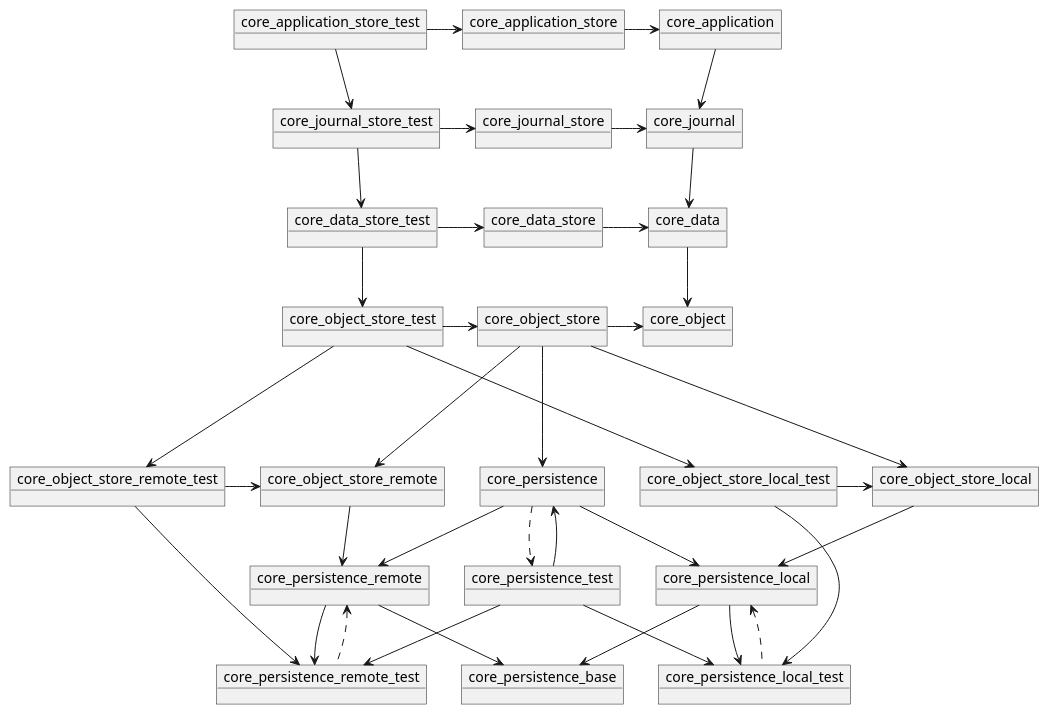
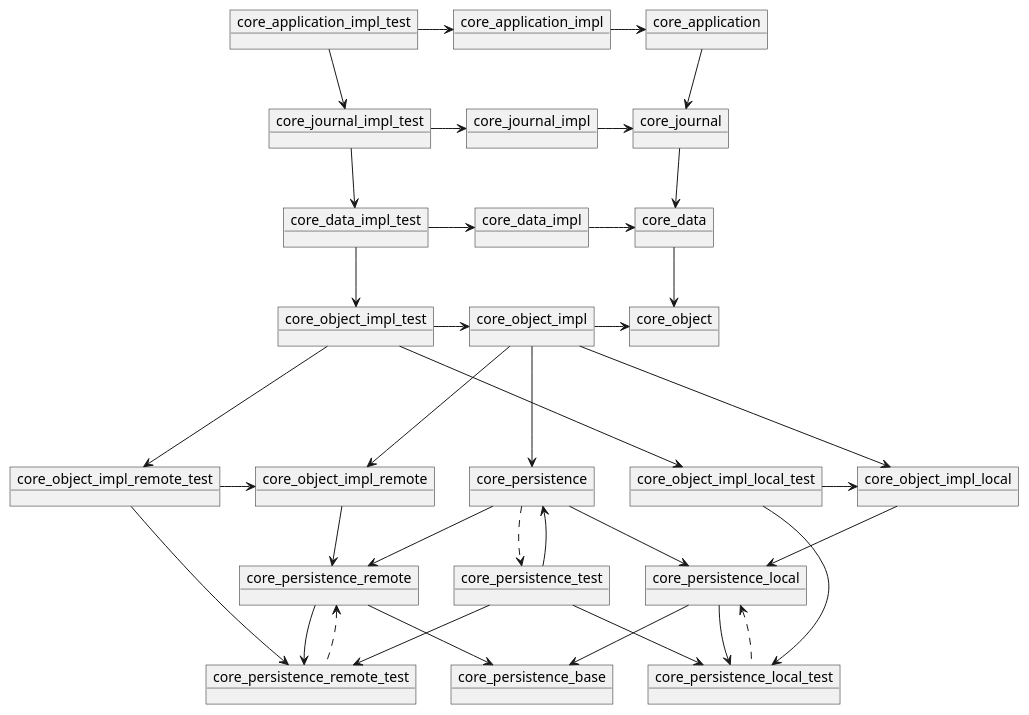
Before and after one commit to bestow-code/flakka: the diagram in flakka4/packages.puml, drawn with PlantUML. The commit also changed 138 other files, not shown here.

```diff
--- a/flakka4/packages.puml
+++ b/flakka4/packages.puml
@@ -3,77 +3,77 @@
 @startuml
-object core_application_store
-object core_journal_store
-object core_data_store
-object core_object_store
-object core_object_store_local
-object core_object_store_remote
+object core_application_impl
+object core_journal_impl
+object core_data_impl
+object core_object_impl
+object core_object_impl_local
+object core_object_impl_remote
 object core_persistence
 object core_persistence_local
 object core_persistence_remote
 object core_persistence_base
 
 object core_application
 object core_journal
 object core_data
 object core_object
 
 
 
-object core_application_store_test
-object core_journal_store_test
-object core_data_store_test
-object core_object_store_test
+object core_application_impl_test
+object core_journal_impl_test
+object core_data_impl_test
+object core_object_impl_test
 object core_persistence_local_test
 object core_persistence_remote_test
 object core_persistence_test
-object core_object_store_local_test
-object core_object_store_remote_test
+object core_object_impl_local_test
+object core_object_impl_remote_test
 
-core_application_store_test --> core_journal_store_test
-core_journal_store_test --> core_data_store_test
-core_data_store_test --> core_object_store_test
-core_object_store_test --> core_object_store_local_test
-core_object_store_test --> core_object_store_remote_test
-core_application_store_test -> core_application_store
-core_journal_store_test -> core_journal_store
-core_data_store_test -> core_data_store
-core_object_store_test -> core_object_store
-core_object_store_local_test -> core_object_store_local
-core_object_store_remote_test -> core_object_store_remote
-core_object_store_local_test --> core_persistence_local_test
-core_object_store_remote_test --> core_persistence_remote_test
-core_application_store -> core_application
-core_journal_store -> core_journal
-core_data_store -> core_data
-core_object_store -> core_object
-core_object_store ---> core_object_store_local
-core_object_store ---> core_object_store_remote
+core_application_impl_test --> core_journal_impl_test
+core_journal_impl_test --> core_data_impl_test
+core_data_impl_test --> core_object_impl_test
+core_object_impl_test --> core_object_impl_local_test
+core_object_impl_test --> core_object_impl_remote_test
+core_application_impl_test -> core_application_impl
+core_journal_impl_test -> core_journal_impl
+core_data_impl_test -> core_data_impl
+core_object_impl_test -> core_object_impl
+core_object_impl_local_test -> core_object_impl_local
+core_object_impl_remote_test -> core_object_impl_remote
+core_object_impl_local_test --> core_persistence_local_test
+core_object_impl_remote_test --> core_persistence_remote_test
+core_application_impl -> core_application
+core_journal_impl -> core_journal
+core_data_impl -> core_data
+core_object_impl -> core_object
+core_object_impl ---> core_object_impl_local
+core_object_impl ---> core_object_impl_remote
 core_application --> core_journal
 core_journal --> core_data
 core_data --> core_object
 core_persistence --> core_persistence_remote
-core_object_store_local --> core_persistence_local
-core_object_store_remote --> core_persistence_remote
-core_object_store ---> core_persistence
+core_object_impl_local --> core_persistence_local
+core_object_impl_remote --> core_persistence_remote
+core_object_impl ---> core_persistence
 core_persistence_remote --> core_persistence_base
 
 
 core_persistence_remote  --> core_persistence_remote_test
 core_persistence_remote  <.. core_persistence_remote_test
 
 core_persistence ..> core_persistence_test
 core_persistence <-- core_persistence_test
 
 core_persistence_test --> core_persistence_remote_test
 
 core_persistence_local  --> core_persistence_local_test
 
 core_persistence_local  <.. core_persistence_local_test
 
 core_persistence --> core_persistence_local
 
 core_persistence_local --> core_persistence_base
 
 core_persistence_test --> core_persistence_local_test
 
 @enduml
```
